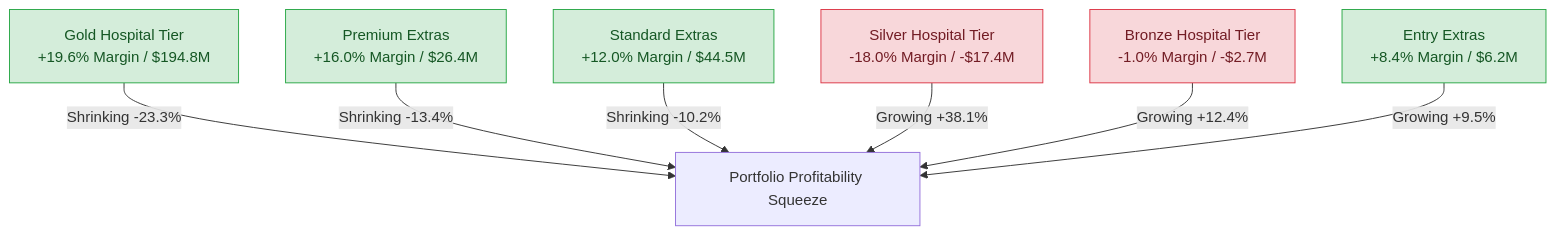
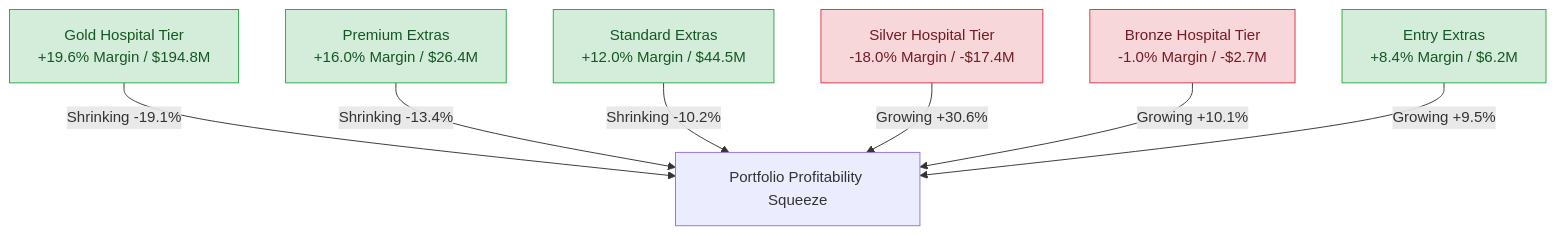
Before and after one commit to Harry2687/hbf-actuarial-case-study: the diagram in actuarial_analysis_report.md, drawn with Mermaid. The commit also changed other lines of this file and 4 other files, not shown here.

````diff
--- a/actuarial_analysis_report.md
+++ b/actuarial_analysis_report.md
@@ -32,23 +32,23 @@
 ```mermaid
 graph TD
     classDef profitable fill:#d4edda,stroke:#28a745,color:#155724;
     classDef lossy fill:#f8d7da,stroke:#dc3545,color:#721c24;
     classDef neutral fill:#fff3cd,stroke:#ffc107,color:#856404;
 
     Gold[Gold Hospital Tier <br>+19.6% Margin / $194.8M]:::profitable
     Silver[Silver Hospital Tier <br>-18.0% Margin / -$17.4M]:::lossy
     Bronze[Bronze Hospital Tier <br>-1.0% Margin / -$2.7M]:::lossy
 
     PremiumE[Premium Extras <br>+16.0% Margin / $26.4M]:::profitable
     StandardE[Standard Extras <br>+12.0% Margin / $44.5M]:::profitable
     EntryE[Entry Extras <br>+8.4% Margin / $6.2M]:::profitable
 
     %% Trends
-    Gold -->|Shrinking -23.3%| Squeeze[Portfolio Profitability Squeeze]
+    Gold -->|Shrinking -19.1%| Squeeze[Portfolio Profitability Squeeze]
     PremiumE -->|Shrinking -13.4%| Squeeze
     StandardE -->|Shrinking -10.2%| Squeeze
 
-    Silver -->|Growing +38.1%| Squeeze
-    Bronze -->|Growing +12.4%| Squeeze
+    Silver -->|Growing +30.6%| Squeeze
+    Bronze -->|Growing +10.1%| Squeeze
     EntryE -->|Growing +9.5%| Squeeze
 ```
````
